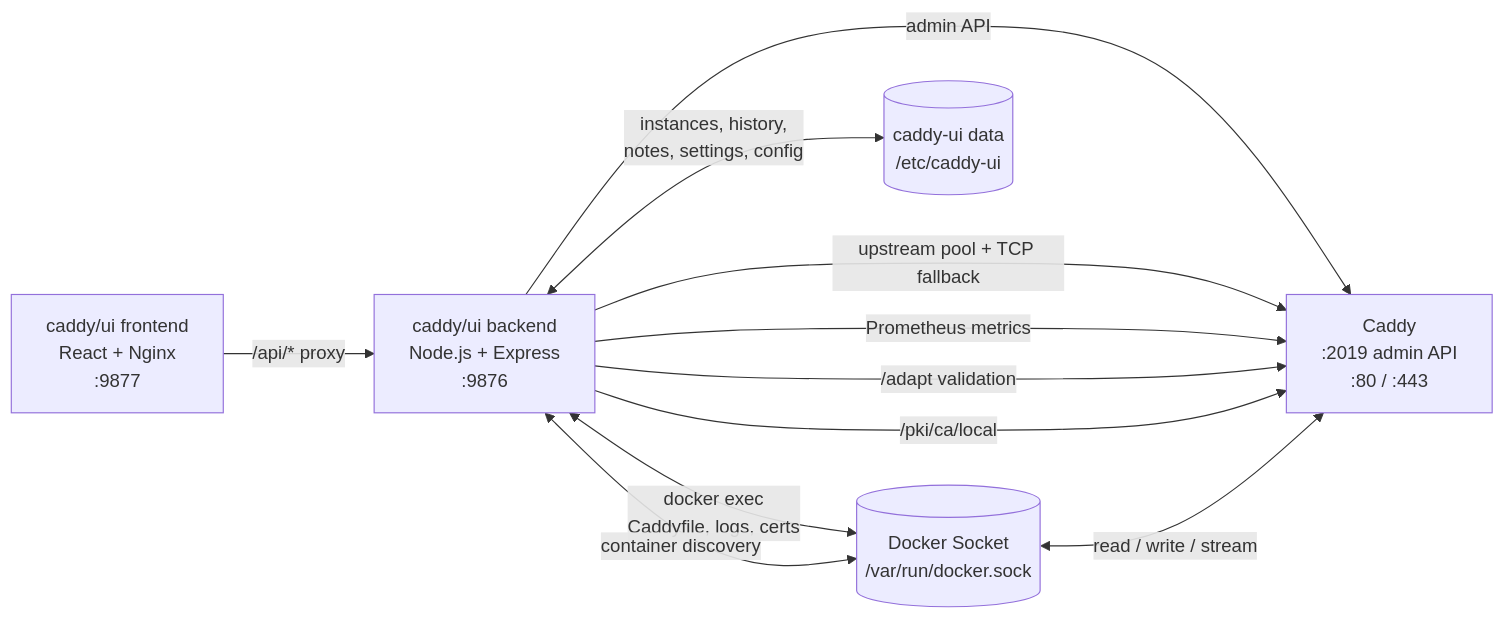
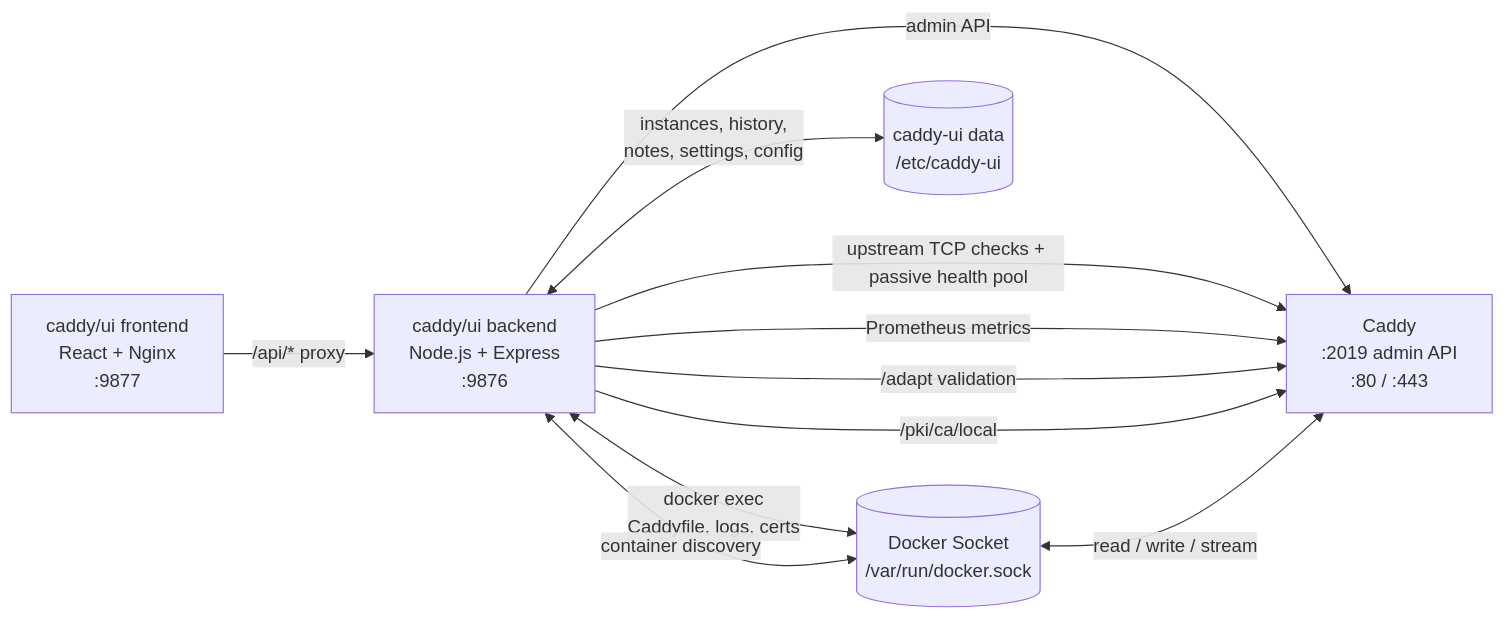
The diagram in README.md (zackwag/caddy-ui), drawn with Mermaid before and after one commit. The commit also changed 2 other files, not shown here.

Commit message:
fix: detect offline upstreams without passive health checks (#130)

````diff
--- a/README.md
+++ b/README.md
@@ -66,19 +66,19 @@
 ```mermaid
 graph LR
     FE["caddy/ui frontend\nReact + Nginx\n:9877"]
     BE["caddy/ui backend\nNode.js + Express\n:9876"]
     DS[("Docker Socket\n/var/run/docker.sock")]
     CA["Caddy\n:2019 admin API\n:80 / :443"]
     UI_DATA[("caddy-ui data\n/etc/caddy-ui")]
 
     FE -->|"/api/* proxy"| BE
     BE -->|"admin API"| CA
-    BE -->|"upstream pool + TCP fallback"| CA
+    BE -->|"upstream TCP checks + passive health pool"| CA
     BE -->|"Prometheus metrics"| CA
     BE -->|"/adapt validation"| CA
     BE -->|"/pki/ca/local"| CA
     BE <-->|"docker exec\nCaddyfile, logs, certs"| DS
     DS <-->|"read / write / stream"| CA
     BE <-->|"container discovery"| DS
     BE <-->|"instances, history,\nnotes, settings, config"| UI_DATA
 ```
````
